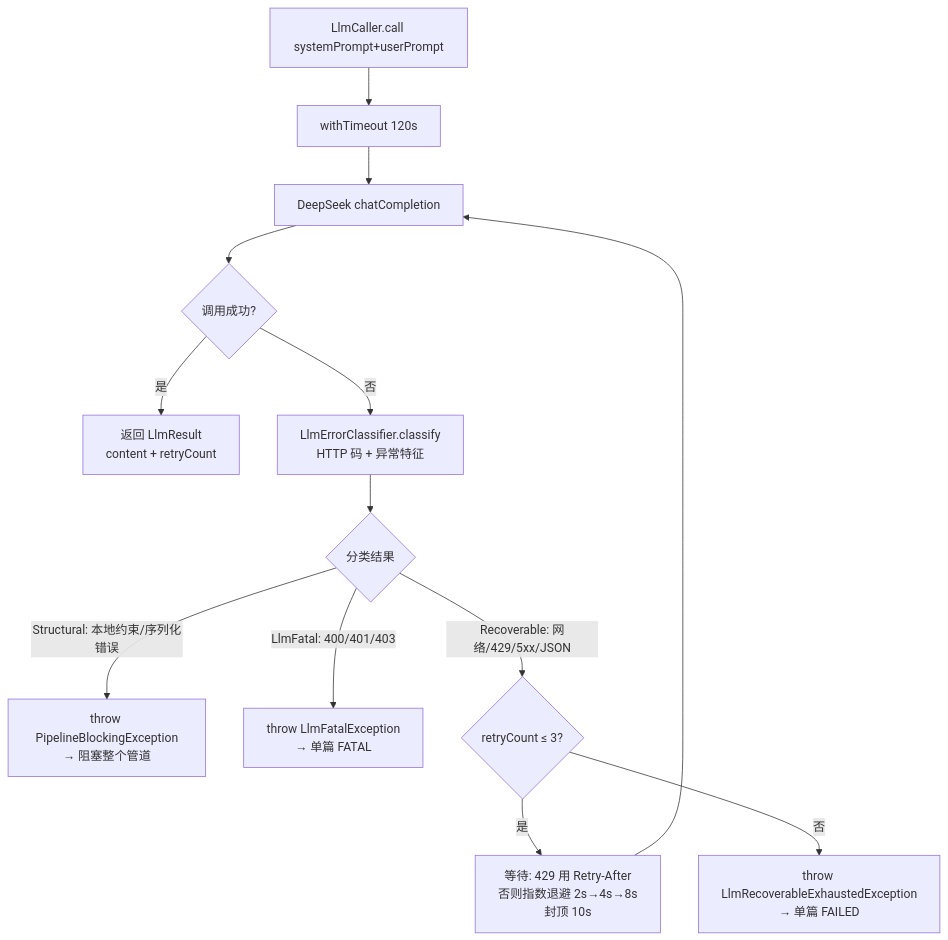
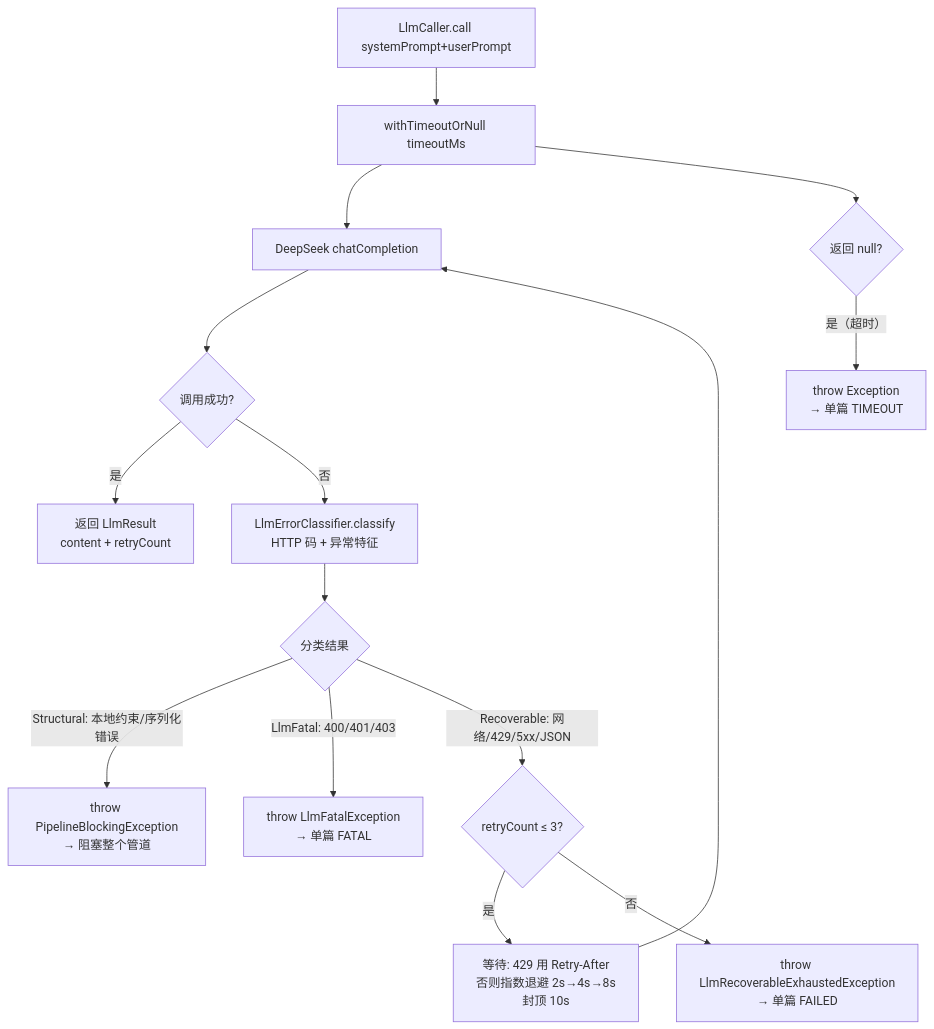
The fourth of 5 diagrams in impl/app/android/app/docs/文章生成.md (kindywu/contexta), drawn with Mermaid before and after one commit. The commit also changed other lines of this file and 13 other files, not shown here.

````diff
--- a/impl/app/android/app/docs/文章生成.md
+++ b/impl/app/android/app/docs/文章生成.md
@@ -181,15 +187,17 @@
 ```mermaid
 flowchart TD
-    A[LlmCaller.call systemPrompt+userPrompt] --> B[withTimeout 120s]
+    A[LlmCaller.call systemPrompt+userPrompt] --> B[withTimeoutOrNull timeoutMs]
     B --> C[DeepSeek chatCompletion]
     C --> D{调用成功?}
     D -->|是| E[返回 LlmResult<br/>content + retryCount]
     D -->|否| F[LlmErrorClassifier.classify<br/>HTTP 码 + 异常特征]
     F --> G{分类结果}
     G -->|Structural: 本地约束/序列化错误| H[throw PipelineBlockingException<br/>→ 阻塞整个管道]
     G -->|LlmFatal: 400/401/403| I[throw LlmFatalException<br/>→ 单篇 FATAL]
     G -->|Recoverable: 网络/429/5xx/JSON| J{retryCount ≤ 3?}
     J -->|是| K[等待: 429 用 Retry-After<br/>否则指数退避 2s→4s→8s<br/>封顶 10s]
     K --> C
     J -->|否| L[throw LlmRecoverableExhaustedException<br/>→ 单篇 FAILED]
+    B --> M{返回 null?}
+    M -->|是（超时）| N[throw Exception<br/>→ 单篇 TIMEOUT]
 ```
````
